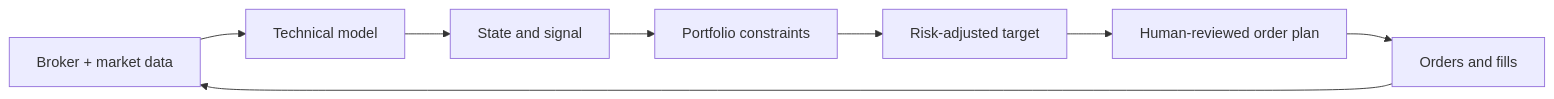
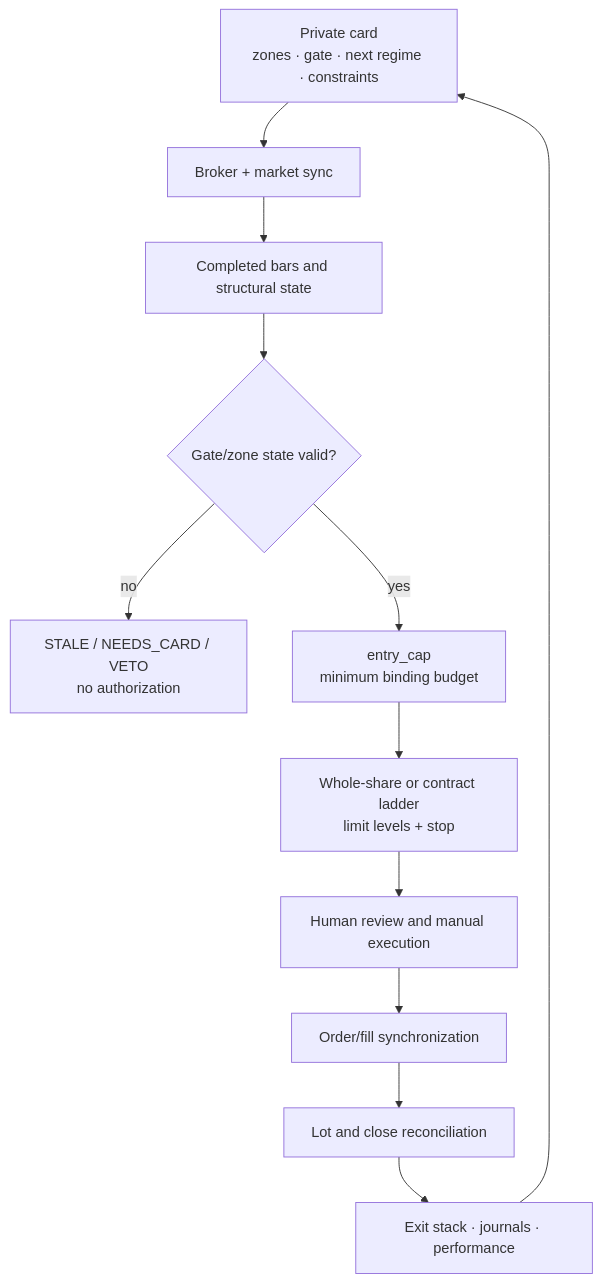
One commit to Coreychen4444/coreytrading changed the third of 5 diagrams in README.md. Above: the diagram before and after it, drawn with Mermaid. The commit also changed other lines of this file and 4 other files, not shown here.

Commit message:
docs: explain gate architecture and operating model

````diff
--- a/README.md
+++ b/README.md
@@ -45,10 +230,14 @@
 ```mermaid
-flowchart LR
-    D["Broker + market data"] --> M["Technical model"]
-    M --> S["State and signal"]
-    S --> P["Portfolio constraints"]
-    P --> R["Risk-adjusted target"]
-    R --> O["Human-reviewed order plan"]
-    O --> F["Orders and fills"]
-    F --> D
+flowchart TD
+    U["Private card<br/>zones · gate · next regime · constraints"] --> Q["Broker + market sync"]
+    Q --> C["Completed bars and structural state"]
+    C --> G{"Gate/zone state valid?"}
+    G -->|"no"| X["STALE / NEEDS_CARD / VETO<br/>no authorization"]
+    G -->|"yes"| B["entry_cap<br/>minimum binding budget"]
+    B --> L["Whole-share or contract ladder<br/>limit levels + stop"]
+    L --> H["Human review and manual execution"]
+    H --> O["Order/fill synchronization"]
+    O --> R["Lot and close reconciliation"]
+    R --> E["Exit stack · journals · performance"]
+    E --> U
 ```
````
